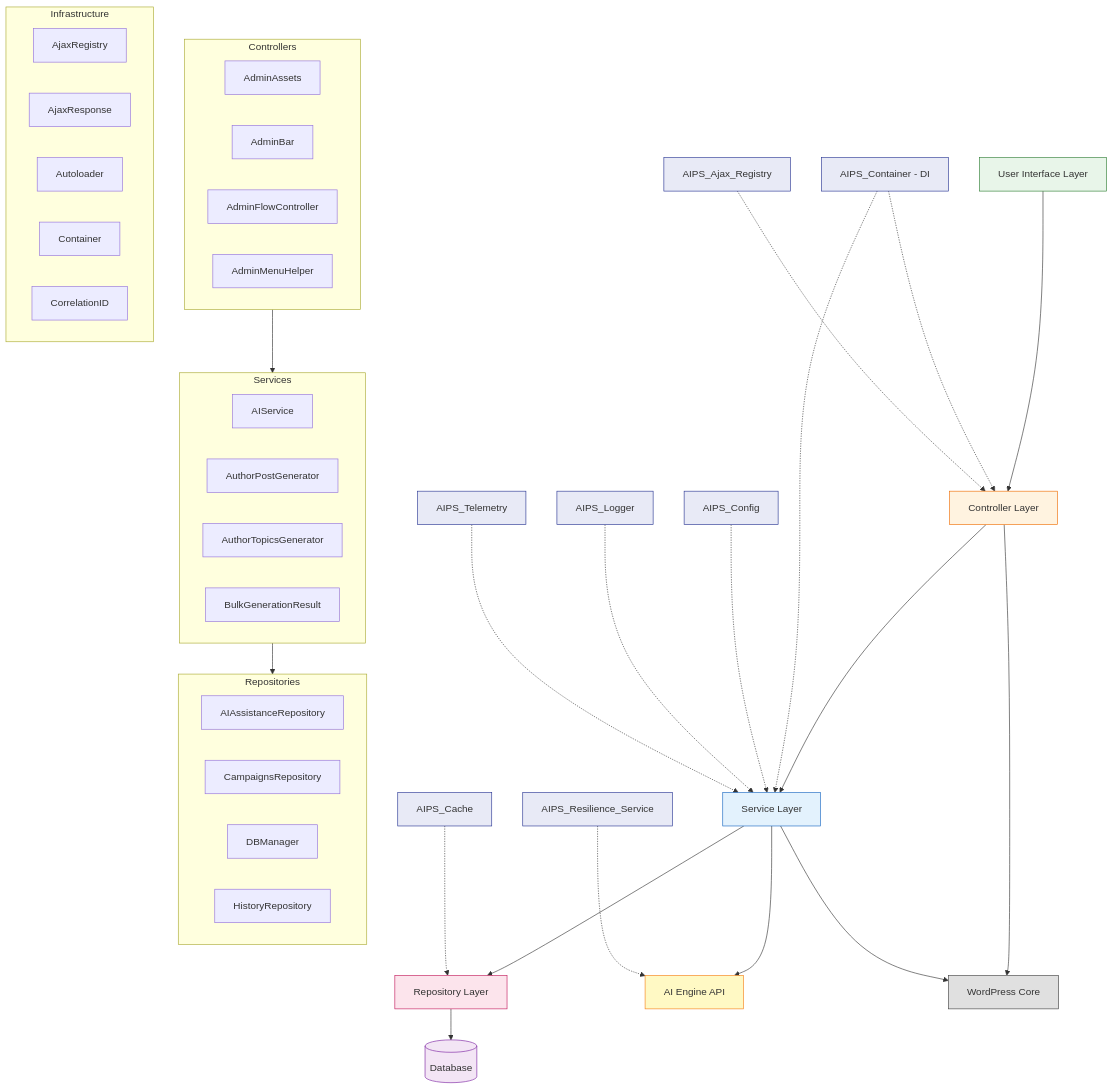
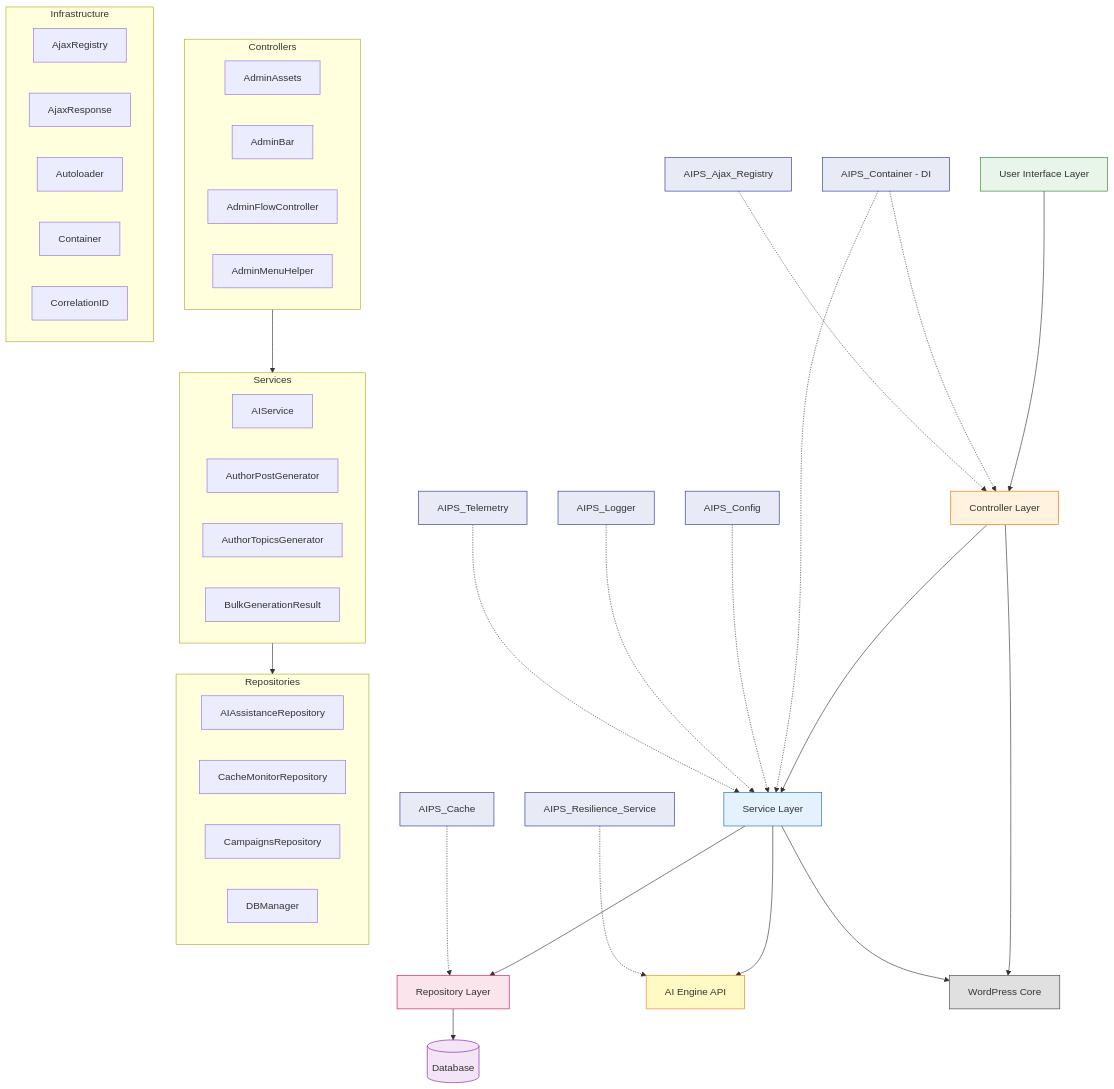
One commit to rpnunez/wp-ai-scheduler changed the first of 19 diagrams in docs/feature-report.md. Above: the diagram before and after it, drawn with Mermaid. The commit also changed other lines of this file and 1 other file, not shown here.

```diff
--- a/docs/feature-report.md
+++ b/docs/feature-report.md
@@ -99,9 +99,9 @@
 
     subgraph Repositories
         AIAssistanceRepository
+        CacheMonitorRepository
         CampaignsRepository
         DBManager
-        HistoryRepository
     end
 
     subgraph Infrastructure
```
